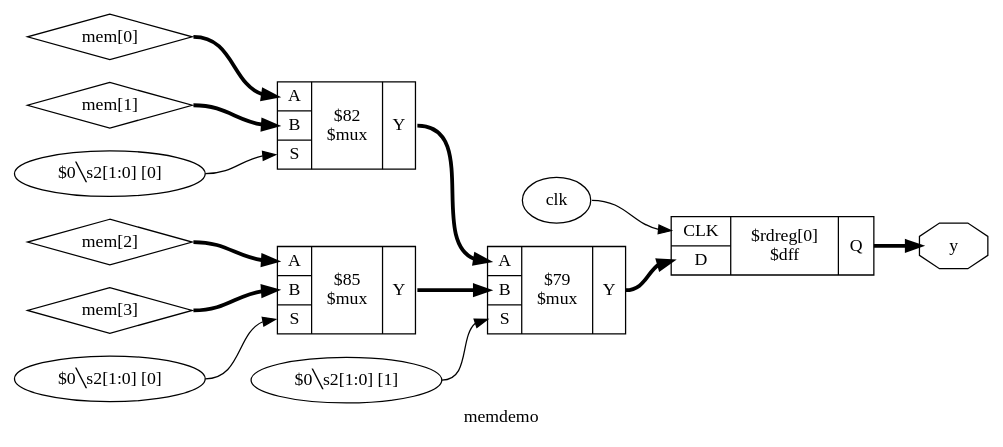
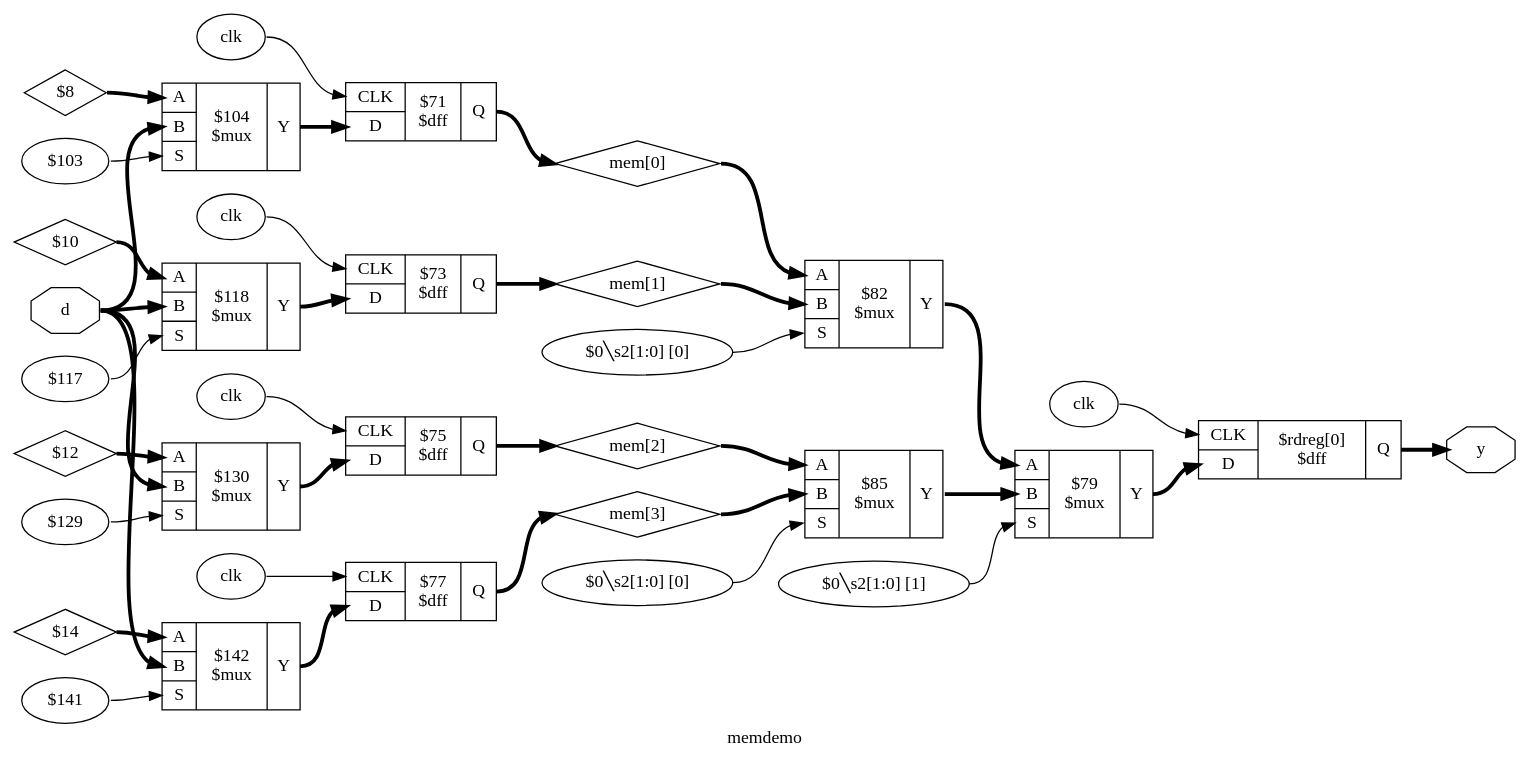
One commit to YosysHQ-Docs/yosys-cmd-ref changed the diagram in source/_images/code_examples/selections/memdemo_04.dot. Above: the diagram before and after it, drawn with Graphviz. The commit also changed 70 other files, not shown here.

```diff
--- a/source/_images/code_examples/selections/memdemo_04.dot
+++ b/source/_images/code_examples/selections/memdemo_04.dot
@@ -1,30 +1,75 @@
 digraph "memdemo" {
 label="memdemo";
 rankdir="LR";
 remincross=true;
-n4 [ shape=diamond, label="mem[0]", color="black", fontcolor="black" ];
-n5 [ shape=diamond, label="mem[1]", color="black", fontcolor="black" ];
-n6 [ shape=diamond, label="mem[2]", color="black", fontcolor="black" ];
-n7 [ shape=diamond, label="mem[3]", color="black", fontcolor="black" ];
-n8 [ shape=octagon, label="y", color="black", fontcolor="black" ];
+n12 [ shape=octagon, label="d", color="black", fontcolor="black" ];
+n13 [ shape=diamond, label="mem[0]", color="black", fontcolor="black" ];
+n14 [ shape=diamond, label="mem[1]", color="black", fontcolor="black" ];
+n15 [ shape=diamond, label="mem[2]", color="black", fontcolor="black" ];
+n16 [ shape=diamond, label="mem[3]", color="black", fontcolor="black" ];
+n17 [ shape=octagon, label="y", color="black", fontcolor="black" ];
 v0 [ label="clk" ];
-c12 [ shape=record, label="{{<p9> CLK|<p10> D}|$rdreg[0]\n$dff|{<p11> Q}}",  ];
+c21 [ shape=record, label="{{<p18> CLK|<p19> D}|$rdreg[0]\n$dff|{<p20> Q}}",  ];
 v1 [ label="$0&#9586;s2[1:0] [1]" ];
-c17 [ shape=record, label="{{<p13> A|<p14> B|<p15> S}|$79\n$mux|{<p16> Y}}",  ];
+c26 [ shape=record, label="{{<p22> A|<p23> B|<p24> S}|$79\n$mux|{<p25> Y}}",  ];
 v2 [ label="$0&#9586;s2[1:0] [0]" ];
-c18 [ shape=record, label="{{<p13> A|<p14> B|<p15> S}|$82\n$mux|{<p16> Y}}",  ];
+c27 [ shape=record, label="{{<p22> A|<p23> B|<p24> S}|$82\n$mux|{<p25> Y}}",  ];
 v3 [ label="$0&#9586;s2[1:0] [0]" ];
-c19 [ shape=record, label="{{<p13> A|<p14> B|<p15> S}|$85\n$mux|{<p16> Y}}",  ];
-c17:p16:e -> c12:p10:w [color="black", fontcolor="black", style="setlinewidth(3)", label=""];
-c18:p16:e -> c17:p13:w [color="black", fontcolor="black", style="setlinewidth(3)", label=""];
-c19:p16:e -> c17:p14:w [color="black", fontcolor="black", style="setlinewidth(3)", label=""];
-n4:e -> c18:p13:w [color="black", fontcolor="black", style="setlinewidth(3)", label=""];
-n5:e -> c18:p14:w [color="black", fontcolor="black", style="setlinewidth(3)", label=""];
-n6:e -> c19:p13:w [color="black", fontcolor="black", style="setlinewidth(3)", label=""];
-n7:e -> c19:p14:w [color="black", fontcolor="black", style="setlinewidth(3)", label=""];
-c12:p11:e -> n8:w [color="black", fontcolor="black", style="setlinewidth(3)", label=""];
-v0:e -> c12:p9:w [color="black", fontcolor="black", label=""];
-v1:e -> c17:p15:w [color="black", fontcolor="black", label=""];
-v2:e -> c18:p15:w [color="black", fontcolor="black", label=""];
-v3:e -> c19:p15:w [color="black", fontcolor="black", label=""];
+c28 [ shape=record, label="{{<p22> A|<p23> B|<p24> S}|$85\n$mux|{<p25> Y}}",  ];
+v4 [ label="$103" ];
+c29 [ shape=record, label="{{<p22> A|<p23> B|<p24> S}|$104\n$mux|{<p25> Y}}",  ];
+v5 [ label="$117" ];
+c30 [ shape=record, label="{{<p22> A|<p23> B|<p24> S}|$118\n$mux|{<p25> Y}}",  ];
+v6 [ label="$129" ];
+c31 [ shape=record, label="{{<p22> A|<p23> B|<p24> S}|$130\n$mux|{<p25> Y}}",  ];
+v7 [ label="$141" ];
+c32 [ shape=record, label="{{<p22> A|<p23> B|<p24> S}|$142\n$mux|{<p25> Y}}",  ];
+v8 [ label="clk" ];
+c33 [ shape=record, label="{{<p18> CLK|<p19> D}|$71\n$dff|{<p20> Q}}",  ];
+v9 [ label="clk" ];
+c34 [ shape=record, label="{{<p18> CLK|<p19> D}|$73\n$dff|{<p20> Q}}",  ];
+v10 [ label="clk" ];
+c35 [ shape=record, label="{{<p18> CLK|<p19> D}|$75\n$dff|{<p20> Q}}",  ];
+v11 [ label="clk" ];
+c36 [ shape=record, label="{{<p18> CLK|<p19> D}|$77\n$dff|{<p20> Q}}",  ];
+n1 [ shape=diamond, label="$8" ];
+n1:e -> c29:p22:w [color="black", fontcolor="black", style="setlinewidth(3)", label=""];
+c31:p25:e -> c35:p19:w [color="black", fontcolor="black", style="setlinewidth(3)", label=""];
+c32:p25:e -> c36:p19:w [color="black", fontcolor="black", style="setlinewidth(3)", label=""];
+n12:e -> c29:p23:w [color="black", fontcolor="black", style="setlinewidth(3)", label=""];
+n12:e -> c30:p23:w [color="black", fontcolor="black", style="setlinewidth(3)", label=""];
+n12:e -> c31:p23:w [color="black", fontcolor="black", style="setlinewidth(3)", label=""];
+n12:e -> c32:p23:w [color="black", fontcolor="black", style="setlinewidth(3)", label=""];
+c33:p20:e -> n13:w [color="black", fontcolor="black", style="setlinewidth(3)", label=""];
+n13:e -> c27:p22:w [color="black", fontcolor="black", style="setlinewidth(3)", label=""];
+c34:p20:e -> n14:w [color="black", fontcolor="black", style="setlinewidth(3)", label=""];
+n14:e -> c27:p23:w [color="black", fontcolor="black", style="setlinewidth(3)", label=""];
+c35:p20:e -> n15:w [color="black", fontcolor="black", style="setlinewidth(3)", label=""];
+n15:e -> c28:p22:w [color="black", fontcolor="black", style="setlinewidth(3)", label=""];
+c36:p20:e -> n16:w [color="black", fontcolor="black", style="setlinewidth(3)", label=""];
+n16:e -> c28:p23:w [color="black", fontcolor="black", style="setlinewidth(3)", label=""];
+c21:p20:e -> n17:w [color="black", fontcolor="black", style="setlinewidth(3)", label=""];
+n2 [ shape=diamond, label="$10" ];
+n2:e -> c30:p22:w [color="black", fontcolor="black", style="setlinewidth(3)", label=""];
+n3 [ shape=diamond, label="$12" ];
+n3:e -> c31:p22:w [color="black", fontcolor="black", style="setlinewidth(3)", label=""];
+n4 [ shape=diamond, label="$14" ];
+n4:e -> c32:p22:w [color="black", fontcolor="black", style="setlinewidth(3)", label=""];
+c26:p25:e -> c21:p19:w [color="black", fontcolor="black", style="setlinewidth(3)", label=""];
+c27:p25:e -> c26:p22:w [color="black", fontcolor="black", style="setlinewidth(3)", label=""];
+c28:p25:e -> c26:p23:w [color="black", fontcolor="black", style="setlinewidth(3)", label=""];
+c29:p25:e -> c33:p19:w [color="black", fontcolor="black", style="setlinewidth(3)", label=""];
+c30:p25:e -> c34:p19:w [color="black", fontcolor="black", style="setlinewidth(3)", label=""];
+v0:e -> c21:p18:w [color="black", fontcolor="black", label=""];
+v1:e -> c26:p24:w [color="black", fontcolor="black", label=""];
+v10:e -> c35:p18:w [color="black", fontcolor="black", label=""];
+v11:e -> c36:p18:w [color="black", fontcolor="black", label=""];
+v2:e -> c27:p24:w [color="black", fontcolor="black", label=""];
+v3:e -> c28:p24:w [color="black", fontcolor="black", label=""];
+v4:e -> c29:p24:w [color="black", fontcolor="black", label=""];
+v5:e -> c30:p24:w [color="black", fontcolor="black", label=""];
+v6:e -> c31:p24:w [color="black", fontcolor="black", label=""];
+v7:e -> c32:p24:w [color="black", fontcolor="black", label=""];
+v8:e -> c33:p18:w [color="black", fontcolor="black", label=""];
+v9:e -> c34:p18:w [color="black", fontcolor="black", label=""];
 }
```
